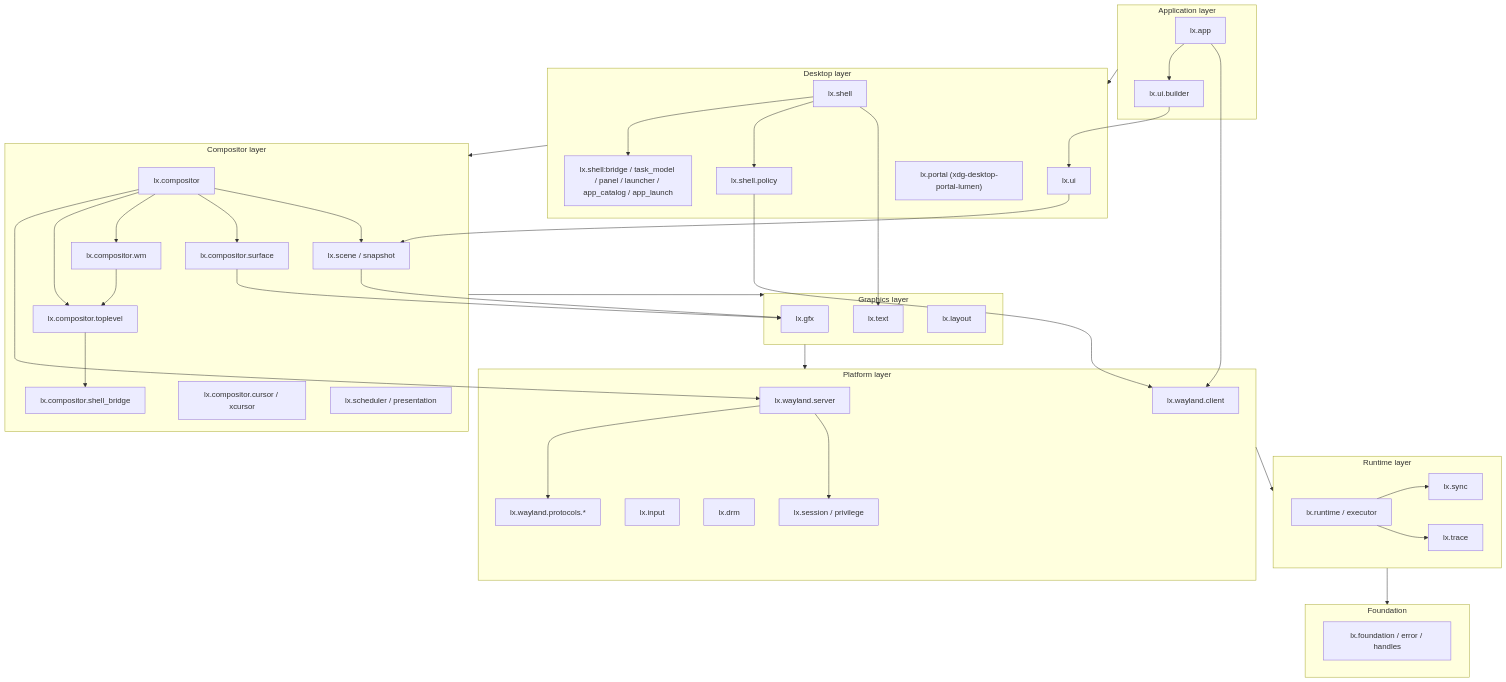
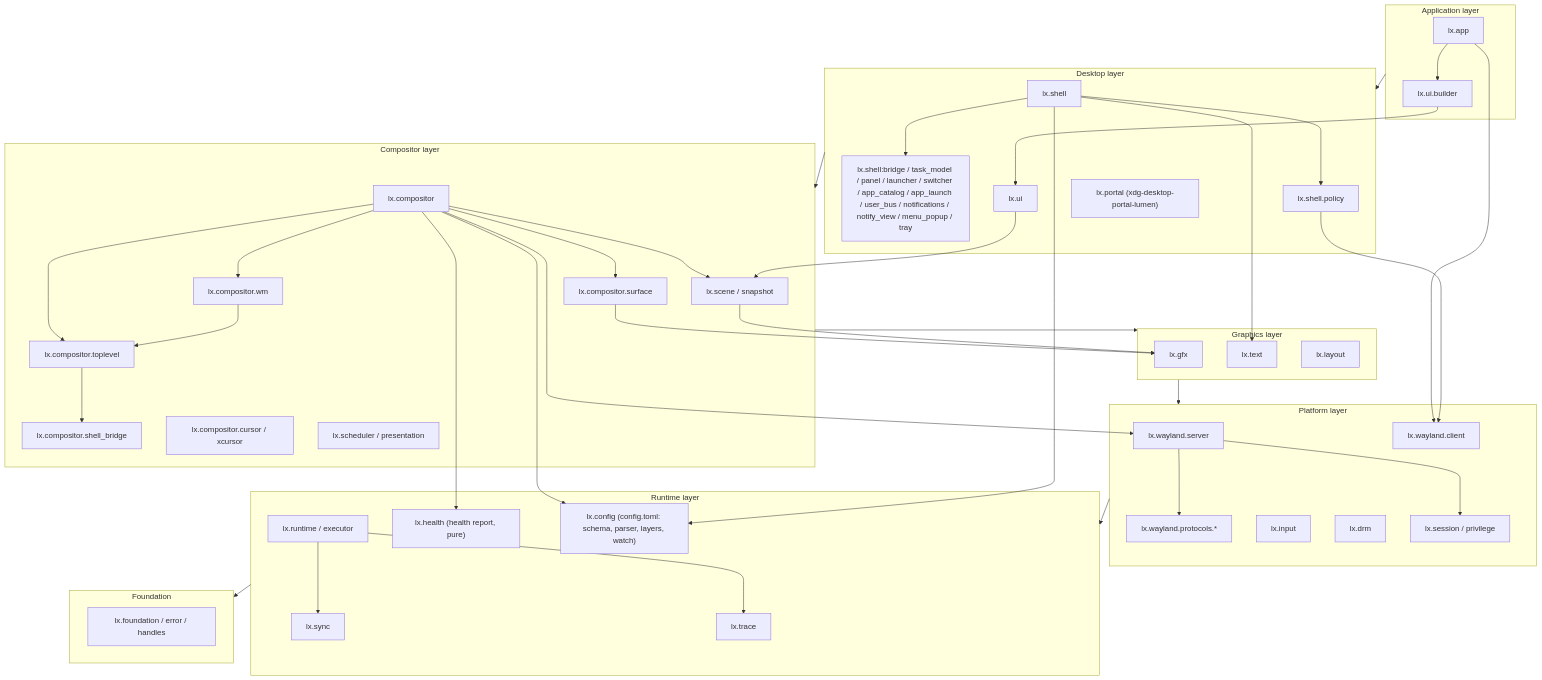
One commit to dimmus/lumen changed the second of 9 diagrams in docs/architecture.md. Above: the diagram before and after it, drawn with Mermaid. The commit also changed other lines of this file and 141 other files, not shown here.

````diff
--- a/docs/architecture.md
+++ b/docs/architecture.md
@@ -228,72 +283,77 @@
 ```mermaid
 flowchart TB
     subgraph L6["Application layer"]
         APP["lx.app"]
         UIB["lx.ui.builder"]
     end
 
     subgraph L5["Desktop layer"]
         SH["lx.shell"]
-        SHB["lx.shell:bridge / task_model / panel / launcher / app_catalog / app_launch"]
+        SHB["lx.shell:bridge / task_model / panel / launcher / switcher / app_catalog / app_launch / user_bus / notifications / notify_view / menu_popup / tray"]
         SHP["lx.shell.policy"]
         UI["lx.ui"]
         PORTAL["lx.portal (xdg-desktop-portal-lumen)"]
     end
 
     subgraph L4["Compositor layer"]
         COMP["lx.compositor"]
         CTOP["lx.compositor.toplevel"]
         CWM["lx.compositor.wm"]
         CBR["lx.compositor.shell_bridge"]
         CSURF["lx.compositor.surface"]
         CCUR["lx.compositor.cursor / xcursor"]
         SCENE["lx.scene / snapshot"]
         SCHED["lx.scheduler / presentation"]
     end
 
     subgraph L3["Graphics layer"]
         GFX["lx.gfx"]
         TEXT["lx.text"]
         LAY["lx.layout"]
     end
 
     subgraph L2["Platform layer"]
         WLS["lx.wayland.server"]
         WLC["lx.wayland.client"]
         WLPR["lx.wayland.protocols.*"]
         INP["lx.input"]
         DRM["lx.drm"]
         SESS["lx.session / privilege"]
     end
 
     subgraph L1["Runtime layer"]
         RT["lx.runtime / executor"]
         SYNC["lx.sync"]
         TRACE["lx.trace"]
+        HEALTH["lx.health (health report, pure)"]
+        CONFIG["lx.config (config.toml: schema, parser, layers, watch)"]
     end
 
     subgraph L0["Foundation"]
         FOUND["lx.foundation / error / handles"]
     end
 
     APP --> UIB --> UI
     APP --> WLC
     SH --> SHB
     SH --> SHP --> WLC
     SH --> TEXT
     COMP --> WLS --> WLPR
     COMP --> CTOP --> CBR
     COMP --> CWM --> CTOP
     COMP --> CSURF --> GFX
     COMP --> SCENE --> GFX
     UI --> SCENE
     WLS --> SESS
+    COMP --> HEALTH
+    COMP --> CONFIG
+    SH --> CONFIG
     RT --> SYNC
     RT --> TRACE
     L1 --> L0
     L2 --> L1
     L3 --> L2
     L4 --> L3
     L5 --> L4
     L6 --> L5
 ```
````
